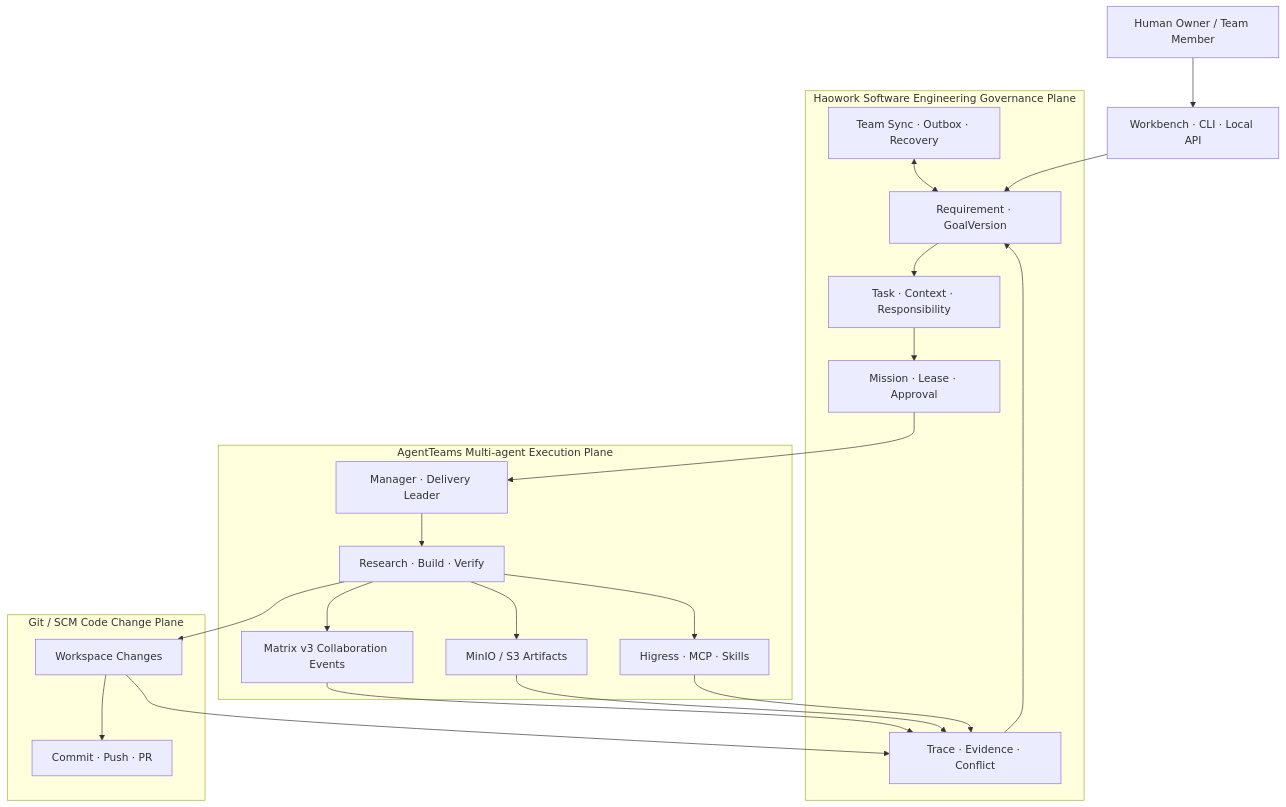
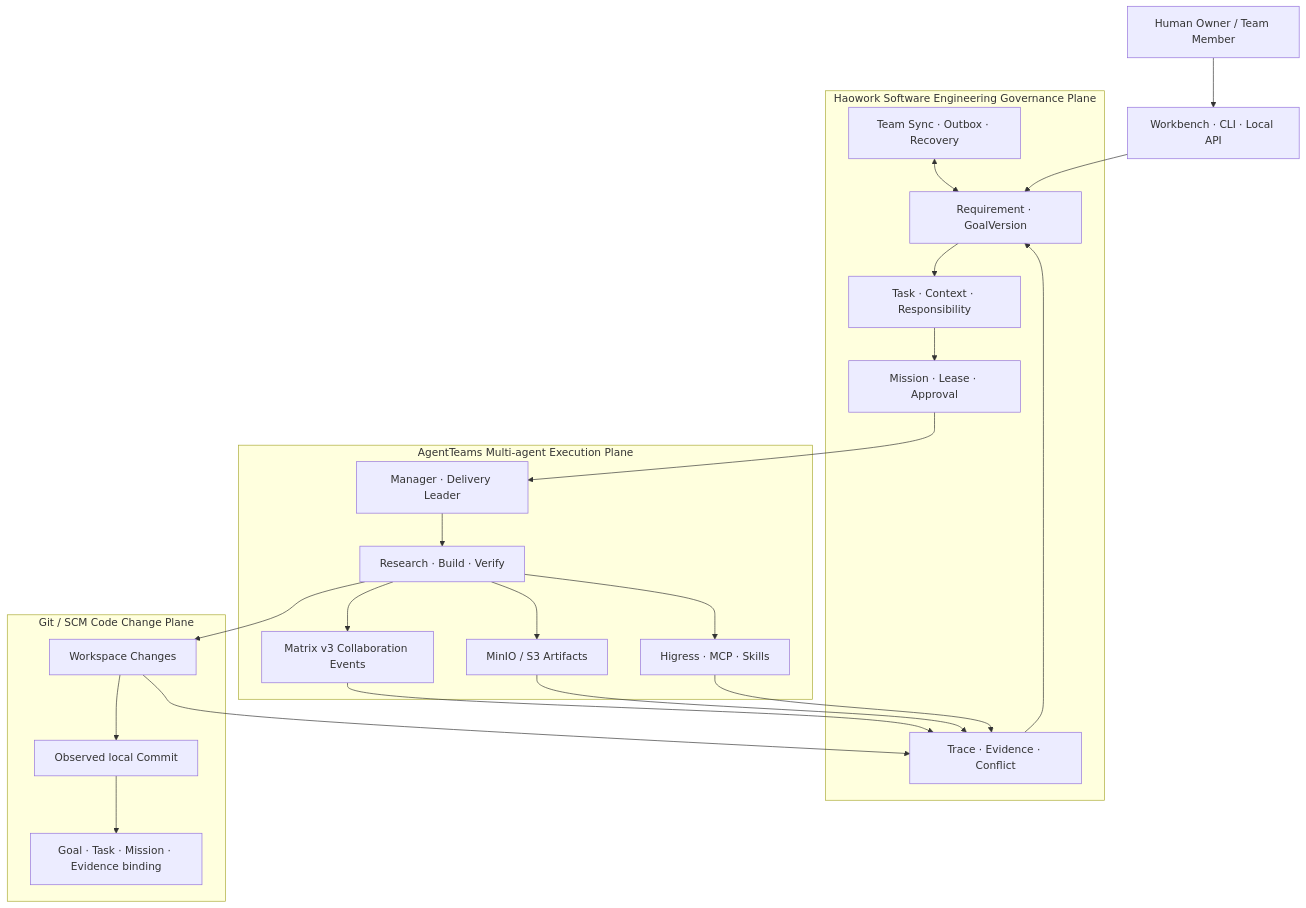
One commit to haochase/haowork changed the first of 2 diagrams in README.md. Above: the diagram before and after it, drawn with Mermaid. The commit also changed other lines of this file and 31 other files, not shown here.

````diff
--- a/README.md
+++ b/README.md
@@ -139,39 +140,40 @@
 ```mermaid
 flowchart TB
     HUMAN["Human Owner / Team Member"] --> UI["Workbench · CLI · Local API"]
 
     subgraph GOV["Haowork Software Engineering Governance Plane"]
         GOAL["Requirement · GoalVersion"]
         WORK["Task · Context · Responsibility"]
         AUTH["Mission · Lease · Approval"]
         PROOF["Trace · Evidence · Conflict"]
         SYNC["Team Sync · Outbox · Recovery"]
         GOAL --> WORK --> AUTH
         PROOF --> GOAL
         SYNC <--> GOAL
     end
 
     subgraph EXEC["AgentTeams Multi-agent Execution Plane"]
         TOPO["Manager · Delivery Leader"]
         AGENTS["Research · Build · Verify"]
         MATRIX["Matrix v3 Collaboration Events"]
         OBJECT["MinIO / S3 Artifacts"]
         TOOLS["Higress · MCP · Skills"]
         TOPO --> AGENTS
         AGENTS --> MATRIX
         AGENTS --> OBJECT
         AGENTS --> TOOLS
     end
 
     subgraph SCM["Git / SCM Code Change Plane"]
-        FILES["Workspace Changes"] --> COMMITS["Commit · Push · PR"]
+        FILES["Workspace Changes"] --> COMMITS["Observed local Commit"]
+        COMMITS --> BINDING["Goal · Task · Mission · Evidence binding"]
     end
 
     UI --> GOAL
     AUTH --> TOPO
     MATRIX --> PROOF
     OBJECT --> PROOF
     TOOLS --> PROOF
     AGENTS --> FILES
     FILES --> PROOF
 ```
````
